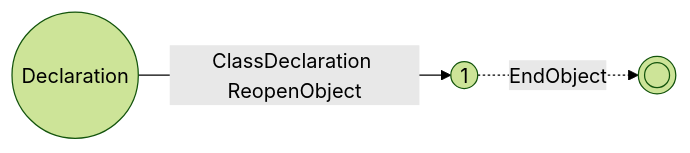
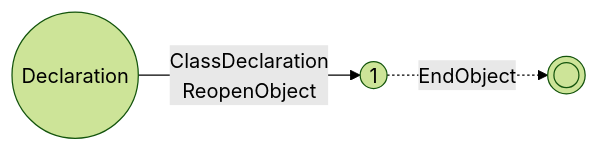
One commit to vczh-websites/vczh changed diagram 18 of 20 in Blog/GLR-Refactoring/Mermaid.md. Above: the diagram before and after it, drawn with Mermaid (forest theme).

````diff
--- a/Blog/GLR-Refactoring/Mermaid.md
+++ b/Blog/GLR-Refactoring/Mermaid.md
@@ -311,5 +311,5 @@
 ```mermaid
 graph LR
-  S((Declaration))-- ClassDeclaration ReopenObject -->1
+  S((Declaration))-- ClassDeclaration\nReopenObject -->1
   1((1))-. EndObject .->E((( )))
 ```
````
